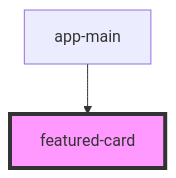
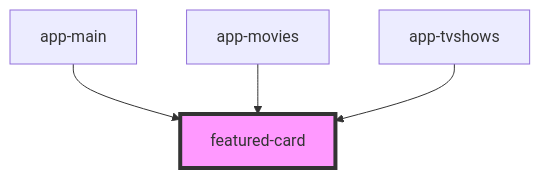
Before and after one commit to upstroke/tmdb-stencil-frontend: the diagram in src/components/cards/featured-card/readme.md, drawn with Mermaid. The commit also changed other lines of this file and 13 other files, not shown here.

````diff
--- a/src/components/cards/featured-card/readme.md
+++ b/src/components/cards/featured-card/readme.md
@@ -37,5 +39,7 @@
 ```mermaid
 graph TD;
   app-main --> featured-card
+  app-movies --> featured-card
+  app-tvshows --> featured-card
   style featured-card fill:#f9f,stroke:#333,stroke-width:4px
 ```
````
